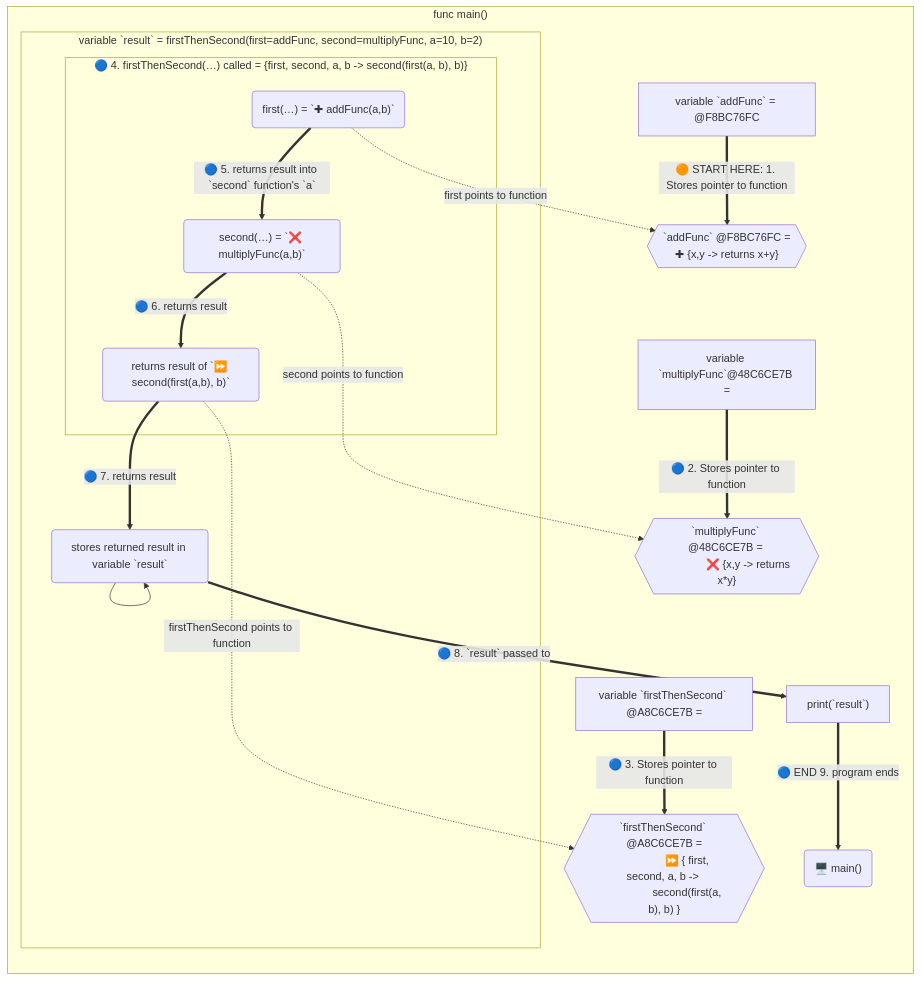
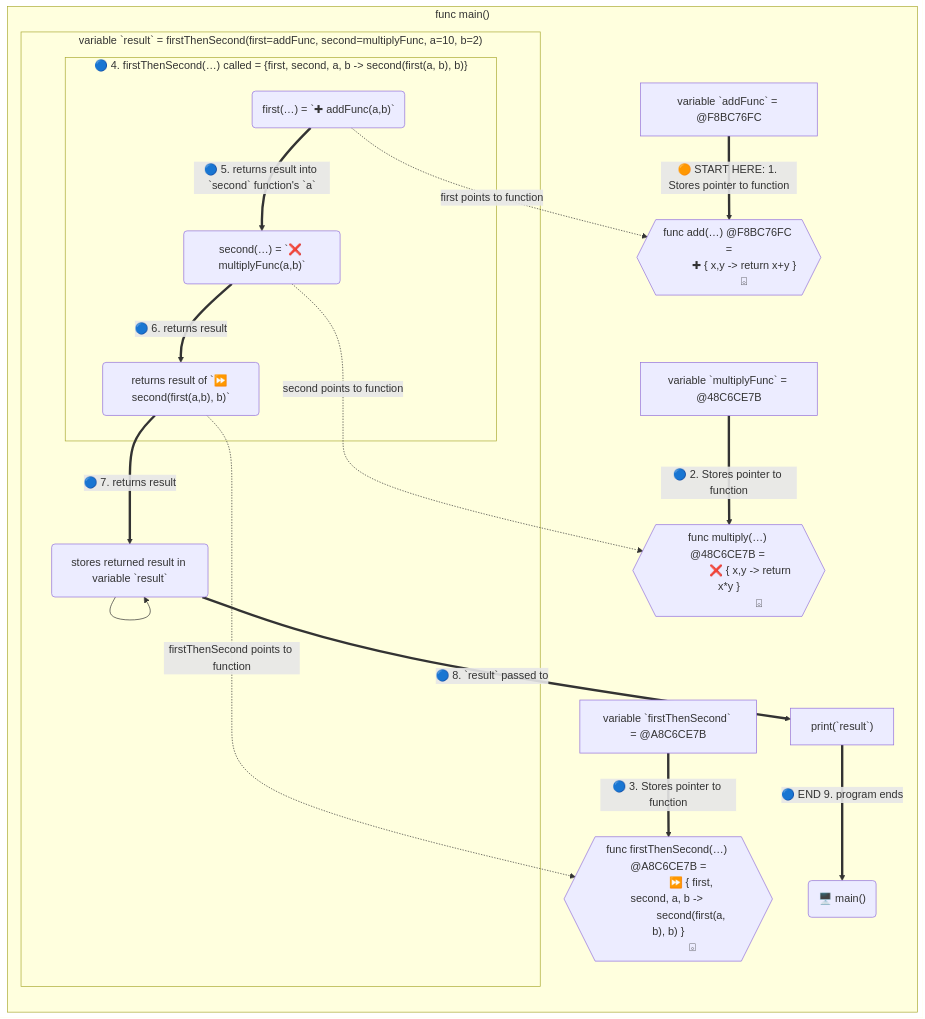
One commit to realityexpander/How_to_program_from_ground_up changed the diagram in 10-FunctionalProgramming.md. Above: the diagram before and after it, drawn with Mermaid. The commit also changed other lines of this file and 1 other file, not shown here.

Commit message:
improve tox

````diff
--- a/10-FunctionalProgramming.md
+++ b/10-FunctionalProgramming.md
@@ -50,29 +51,32 @@
 ```mermaid
  flowchart LR
  
  subgraph main["func main()"]
-    X["variable `addFunc` = @F8BC76FC"] ==>|🟠 START HERE: 1. Stores pointer to function| addFn{{" `addFunc` @F8BC76FC =
-           ✚ {x,y -> returns x+y} "}}
-    Y["variable `multiplyFunc`@48C6CE7B ="] ==>|🔵 2. Stores pointer to function| multiplyFn{{" `multiplyFunc` @48C6CE7B = 
-                ❌ {x,y -> returns x*y}"}}
-    Z["variable `firstThenSecond` @A8C6CE7B ="] ==>|🔵 3. Stores pointer to function| firstThenSecondFunc{{" `firstThenSecond` @A8C6CE7B =
+    X["variable `addFunc` = @F8BC76FC"] ==>|🟠 START HERE: 1. Stores pointer to function| addFn{{" func add(…) @F8BC76FC =
+           ✚ { x,y -> return x+y } 
+           ⌺"}}
+    Y["variable `multiplyFunc` = @48C6CE7B"] ==>|🔵 2. Stores pointer to function| multiplyFn{{" func multiply(…) @48C6CE7B = 
+                ❌ { x,y -> return x*y }
+                     ⌺"}}
+    Z["variable `firstThenSecond` = @A8C6CE7B"] ==>|🔵 3. Stores pointer to function| firstThenSecondFunc{{" func firstThenSecond(…) @A8C6CE7B =
                  ⏩ { first, second, a, b -> 
-                 second(first(a, b), b) }"}}
+                 second(first(a, b), b) }
+                 ⌺"}}
     first -.->|first points to function| addFn
     second -..->|second points to function| multiplyFn
     D -...->|firstThenSecond points to function| firstThenSecondFunc
     subgraph result[" variable `result` = firstThenSecond(first=addFunc, second=multiplyFunc, a=10, b=2)"]
        subgraph firstThenSecond[" 🔵 4. firstThenSecond(…) called = {first, second, a, b -> second(first(a, b), b)}"]
           first("first(…) = `✚ addFunc(a,b)`")==>|🔵 5. returns result into `second` function's `a` | second
           second("second(…) = `❌ multiplyFunc(a,b)`") ==>|🔵 6. returns result| D
        end
        D("returns result of `⏩ second(first(a,b), b)`") ==>|🔵 7. returns result| E
     end
     E("stores returned result in variable `result`") ==>|🔵 8. `result` passed to| F
     E --> E
     F["print(`result`)"]==>|🔵 END 9. program ends| G
  end
  G("🖥️ main()")
  
  
  ```
````
